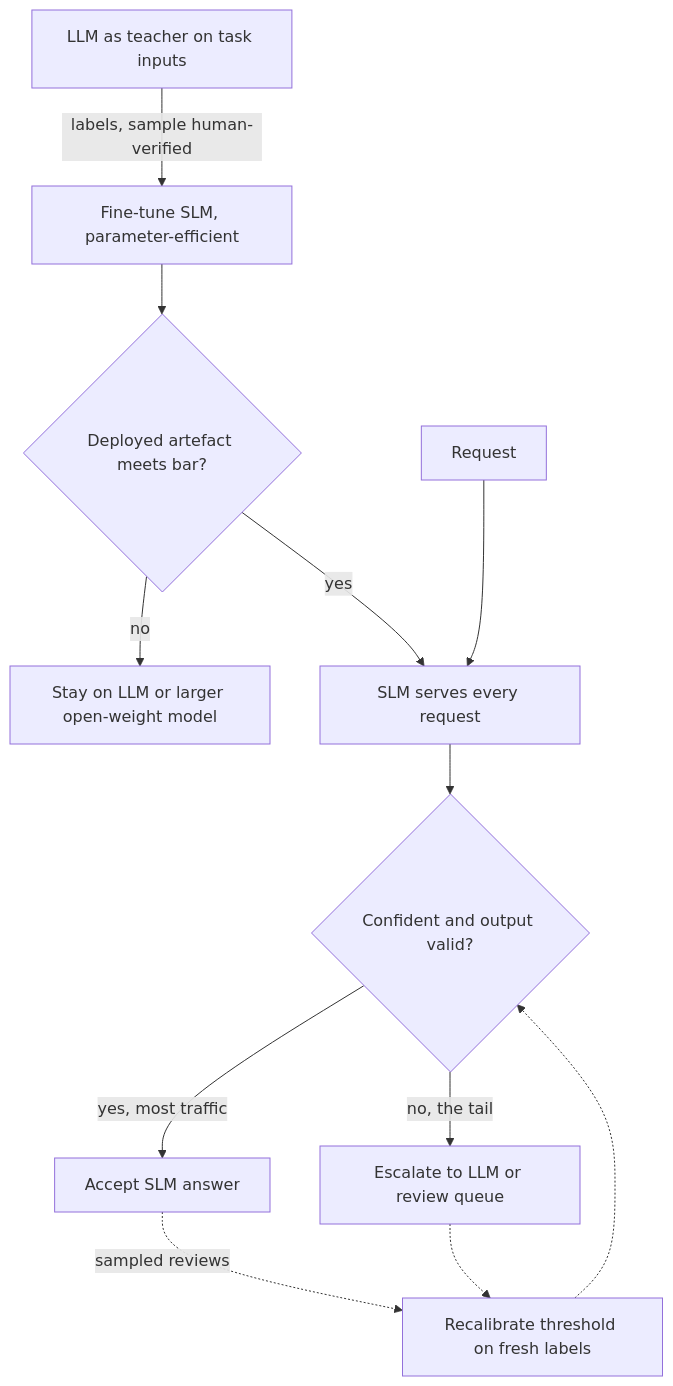
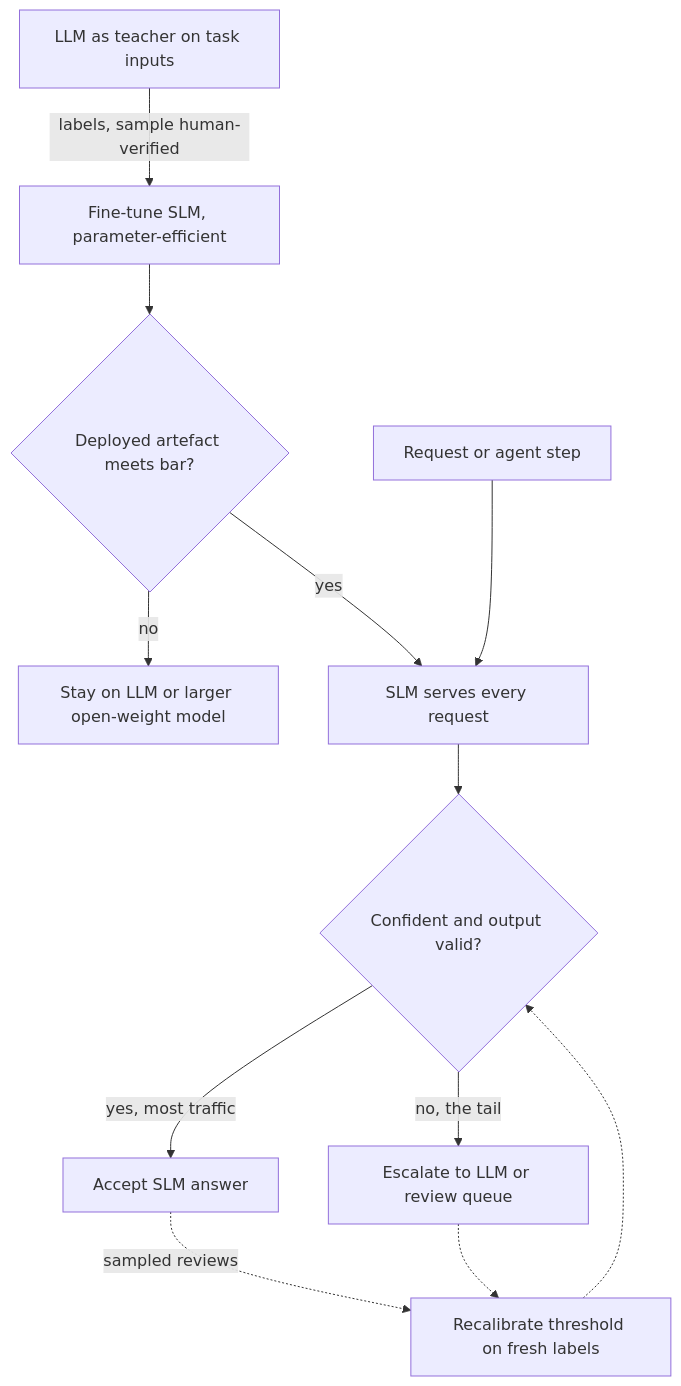
The diagram in content/system-design/slm-vs-llm-trade-offs.md (lovishmahajan97/agentic-learning), drawn with Mermaid before and after one commit. The commit also changed other lines of this file and 266 other files, not shown here.

````diff
--- a/content/system-design/slm-vs-llm-trade-offs.md
+++ b/content/system-design/slm-vs-llm-trade-offs.md
@@ -121,14 +146,14 @@
 ```mermaid
 flowchart TD
     T["LLM as teacher on task inputs"] -->|"labels, sample human-verified"| FT["Fine-tune SLM, parameter-efficient"]
     FT --> EV{"Deployed artefact meets bar?"}
     EV -->|"no"| L["Stay on LLM or larger open-weight model"]
     EV -->|"yes"| S["SLM serves every request"]
-    R["Request"] --> S
+    R["Request or agent step"] --> S
     S --> C{"Confident and output valid?"}
     C -->|"yes, most traffic"| OK["Accept SLM answer"]
     C -->|"no, the tail"| ESC["Escalate to LLM or review queue"]
     OK -.->|"sampled reviews"| CAL["Recalibrate threshold on fresh labels"]
     ESC -.-> CAL
     CAL -.-> C
 ```
````
